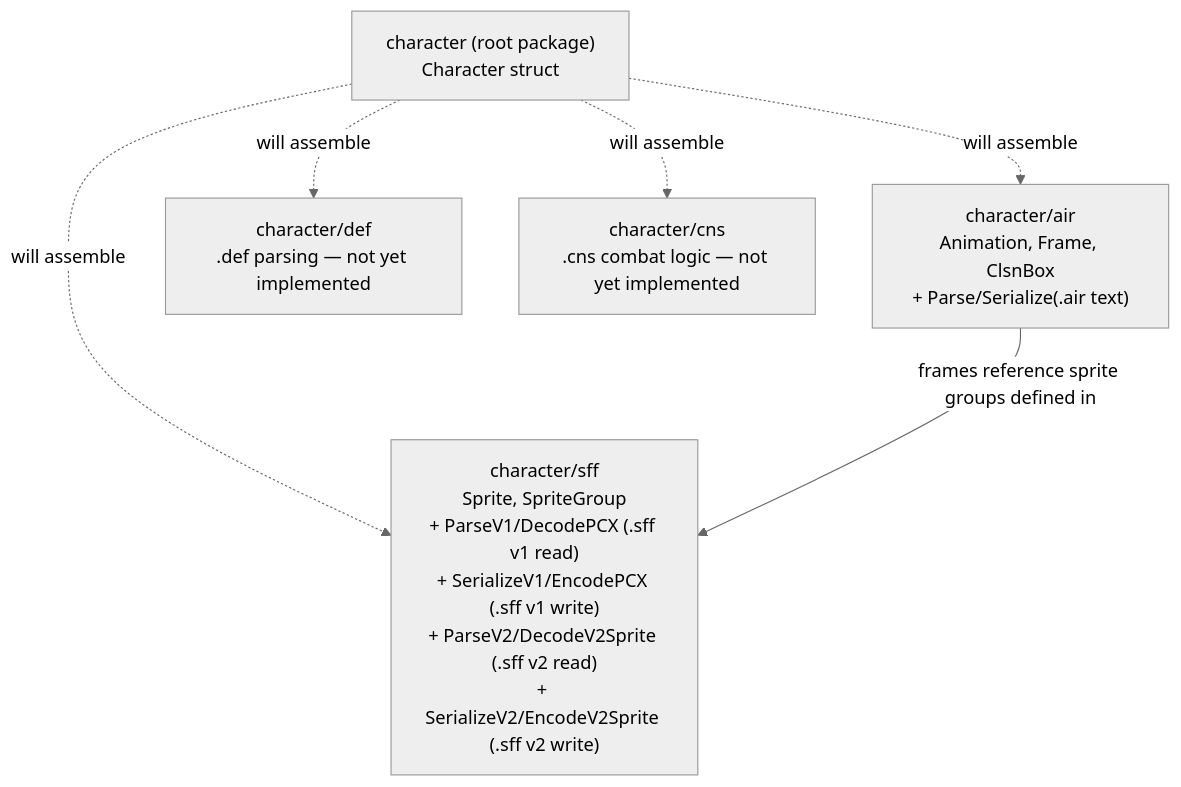
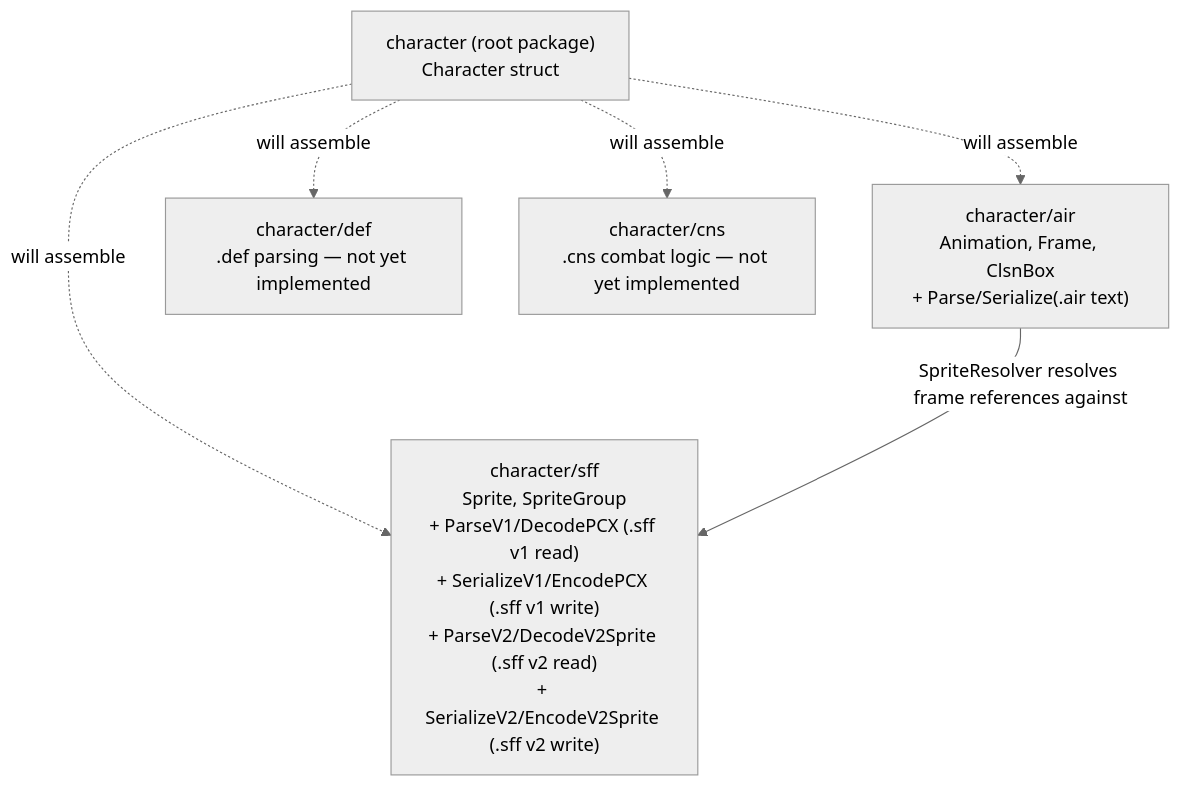
The diagram in docs/architecture.md (openkakutou/character), drawn with Mermaid (neutral theme) before and after one commit. The commit also changed other lines of this file and 10 other files, not shown here.

First line of the commit message:
feat: Animation frames can now be matched to their actual sprite image from a loaded sprite collection (from either .sff version), with a clear error reported if a frame points to a sprite that doesn't exist instead of silently showing nothing

````diff
--- a/docs/architecture.md
+++ b/docs/architecture.md
@@ -11,14 +11,14 @@
 ```mermaid
 graph TD
     root["character (root package)<br/>Character struct"]
     air["character/air<br/>Animation, Frame, ClsnBox<br/>+ Parse/Serialize(.air text)"]
     def["character/def<br/>.def parsing — not yet implemented"]
     sff["character/sff<br/>Sprite, SpriteGroup<br/>+ ParseV1/DecodePCX (.sff v1 read)<br/>+ SerializeV1/EncodePCX (.sff v1 write)<br/>+ ParseV2/DecodeV2Sprite (.sff v2 read)<br/>+ SerializeV2/EncodeV2Sprite (.sff v2 write)"]
     cns["character/cns<br/>.cns combat logic — not yet implemented"]
 
     root -.->|will assemble| air
     root -.->|will assemble| def
     root -.->|will assemble| sff
     root -.->|will assemble| cns
-    air -->|frames reference sprite groups defined in| sff
+    air -->|SpriteResolver resolves frame references against| sff
 ```
````
